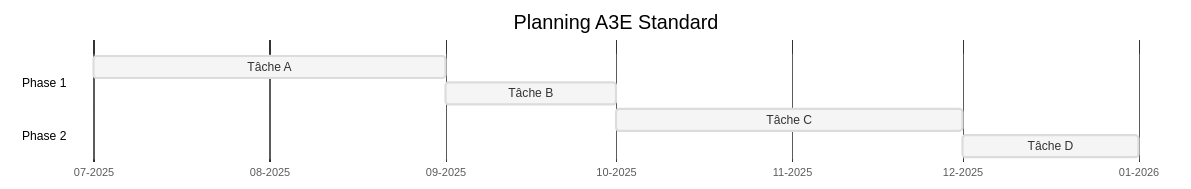
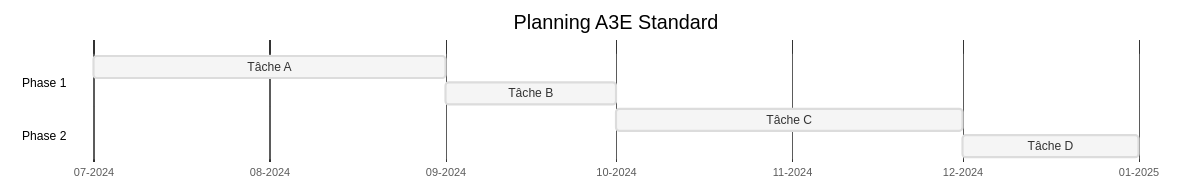
One commit to MacroMan5/project_a3e_beta changed the third of 10 diagrams in project/4_technical_architecture/GUIDE_MERMAID.md. Above: the diagram before and after it, drawn with Mermaid. The commit also changed other lines of this file and 16 other files, not shown here.

````diff
--- a/project/4_technical_architecture/GUIDE_MERMAID.md
+++ b/project/4_technical_architecture/GUIDE_MERMAID.md
@@ -165,15 +165,15 @@
 ```mermaid
 %%{init: {'theme': 'base', 'themeVariables': { 'primaryColor': '#f5f5f5', 'lineColor': '#999', 'fontFamily': 'Roboto, sans-serif'}}}%%
 gantt
     title Planning A3E Standard
     dateFormat  MM-YYYY
     axisFormat  %m-%Y
     
     section Phase 1
-    Tâche A       :a1, 07-2025, 2M
+    Tâche A       :a1, 07-2024, 2M
     Tâche B       :a2, after a1, 1M
     
     section Phase 2
     Tâche C       :a3, after a2, 2M
     Tâche D       :a4, after a3, 1M
 ```
````
